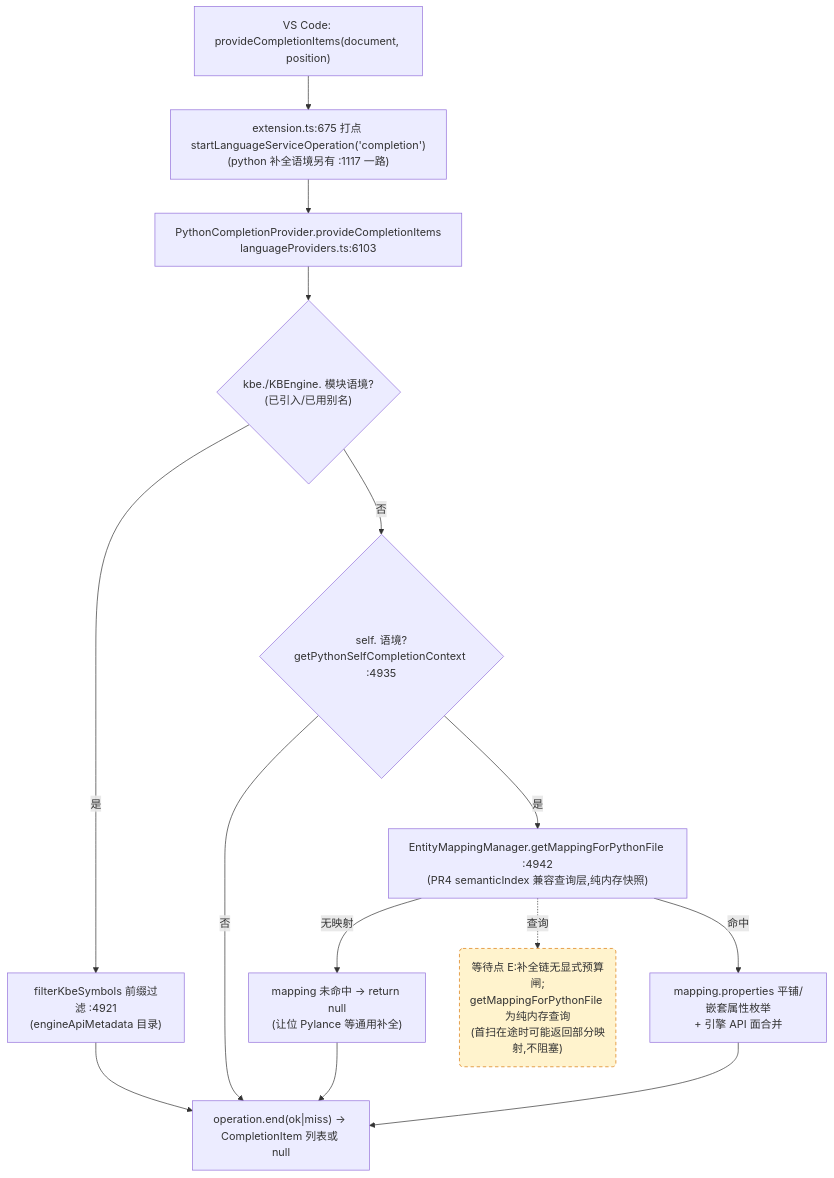
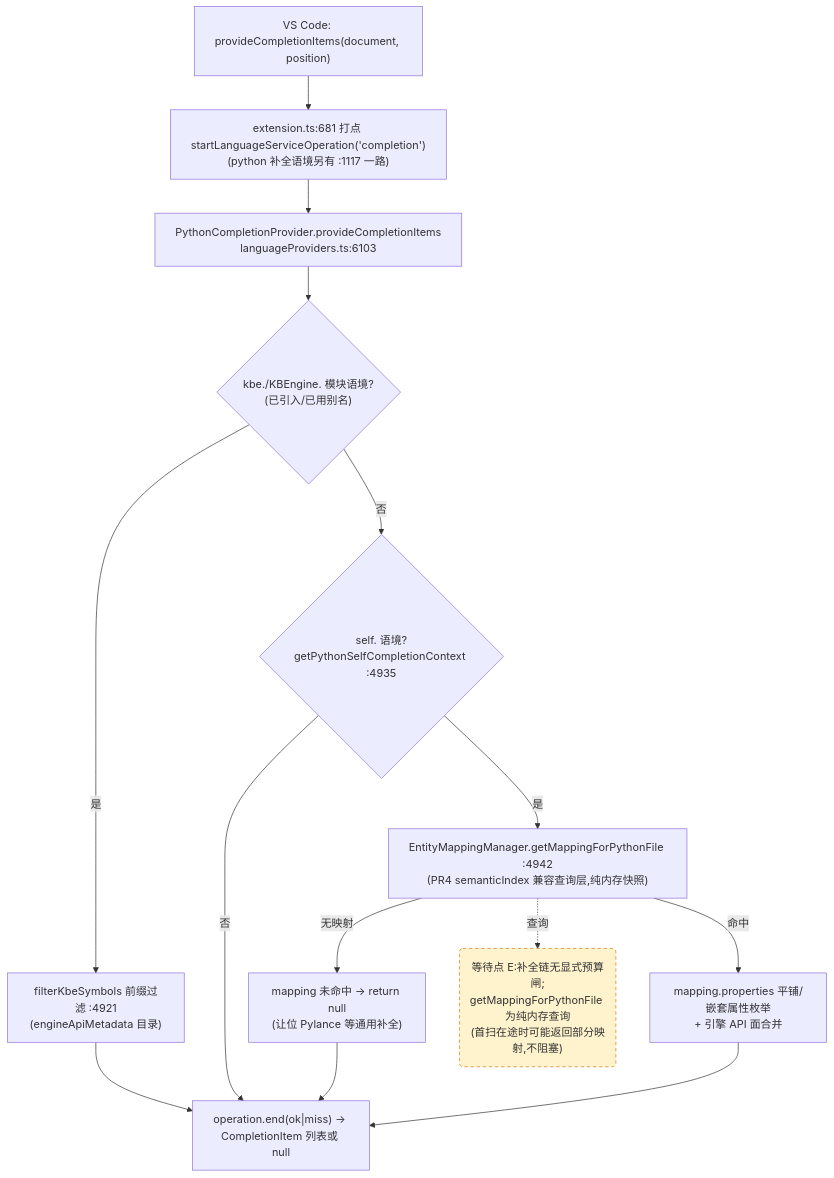
One commit to cuihairu/kode changed the third of 4 diagrams in docs/perf/2026-baseline.md. Above: the diagram before and after it, drawn with Mermaid. The commit also changed other lines of this file and 8 other files, not shown here.

````diff
--- a/docs/perf/2026-baseline.md
+++ b/docs/perf/2026-baseline.md
@@ -184,27 +184,27 @@
 ```mermaid
 flowchart TD
   VC3["VS Code: provideCompletionItems(document, position)"]
-  M3["extension.ts:675 打点 startLanguageServiceOperation('completion')<br/>(python 补全语境另有 :1117 一路)"]
+  M3["extension.ts:681 打点 startLanguageServiceOperation('completion')<br/>(python 补全语境另有 :1117 一路)"]
   CP["PythonCompletionProvider.provideCompletionItems<br/>languageProviders.ts:6103"]
   KBEC{"kbe./KBEngine. 模块语境?<br/>(已引入/已用别名)"}
   FILTER["filterKbeSymbols 前缀过滤 :4921<br/>(engineApiMetadata 目录)"]
   SELFC{"self. 语境?<br/>getPythonSelfCompletionContext :4935"}
   MAP["EntityMappingManager.getMappingForPythonFile :4942<br/>(PR4 semanticIndex 兼容查询层,纯内存快照)"]
   NOMAP["mapping 未命中 → return null<br/>(让位 Pylance 等通用补全)"]
   PROPS["mapping.properties 平铺/嵌套属性枚举<br/>+ 引擎 API 面合并"]
   END3["operation.end(ok|miss) → CompletionItem 列表或 null"]
 
   VC3 --> M3 --> CP --> KBEC
   KBEC -- "是" --> FILTER --> END3
   KBEC -- "否" --> SELFC
   SELFC -- "否" --> END3
   SELFC -- "是" --> MAP
   MAP -- "无映射" --> NOMAP --> END3
   MAP -- "命中" --> PROPS --> END3
 
   WAITE("等待点 E:补全链无显式预算闸;<br/>getMappingForPythonFile 为纯内存查询<br/>(首扫在途时可能返回部分映射,不阻塞)")
   MAP -.->|查询| WAITE
 
   classDef waitPoint fill:#fff3cd,stroke:#d97706,stroke-dasharray:5 4;
   class WAITE waitPoint;
 ```
````
